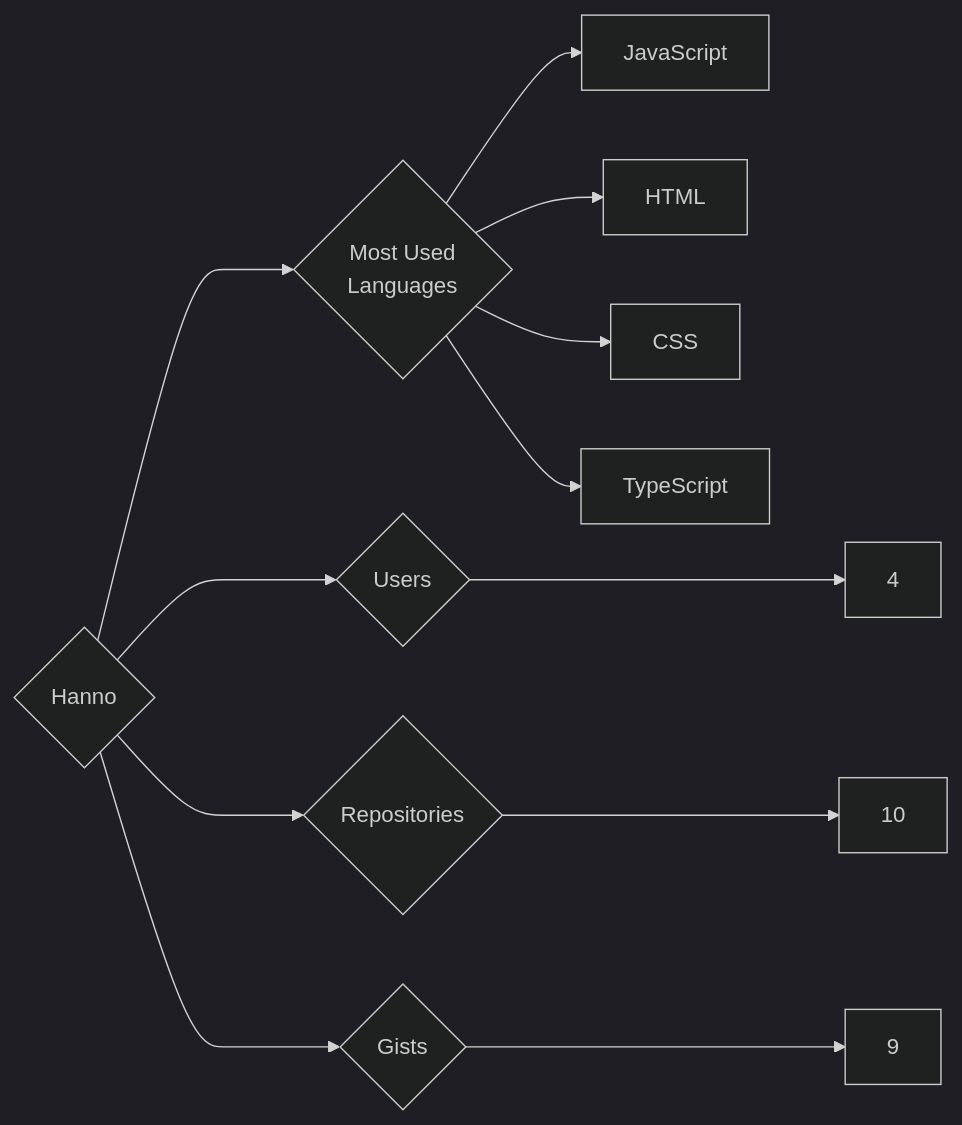
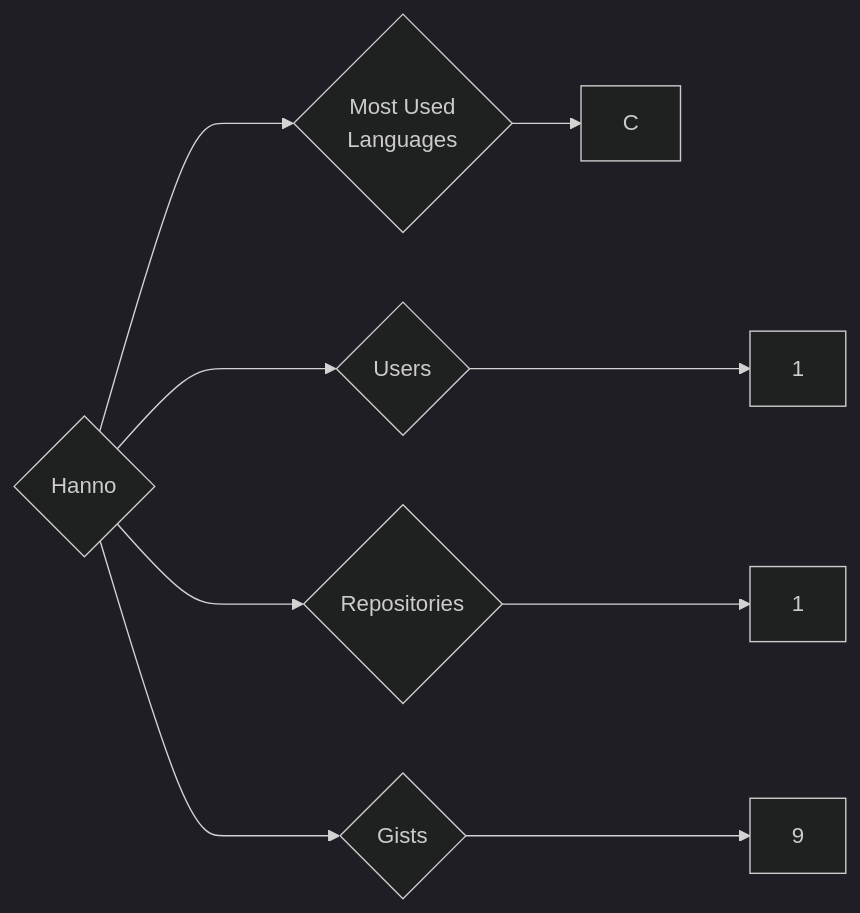
Before and after one commit to trickest/insiders: the diagram in targets/Hanno/README.md, drawn with Mermaid (dark theme). The commit also changed 783 other files, not shown here.

````diff
--- a/targets/Hanno/README.md
+++ b/targets/Hanno/README.md
@@ -3,12 +3,9 @@
 ```mermaid
 graph LR
 COMPANY_NAME{Hanno}
-COMPANY_NAME ---> U{Users} ---> UN[4]
-COMPANY_NAME ---> R{Repositories} ---> RN[10]
+COMPANY_NAME ---> U{Users} ---> UN[1]
+COMPANY_NAME ---> R{Repositories} ---> RN[1]
 COMPANY_NAME ---> G{Gists} ---> GN[9]
 COMPANY_NAME ---> ML{Most Used<br>Languages}
-ML --> JavaScript[JavaScript]
-ML --> HTML[HTML]
-ML --> CSS[CSS]
-ML --> TypeScript[TypeScript]
+ML --> C[C]
 ```
````
